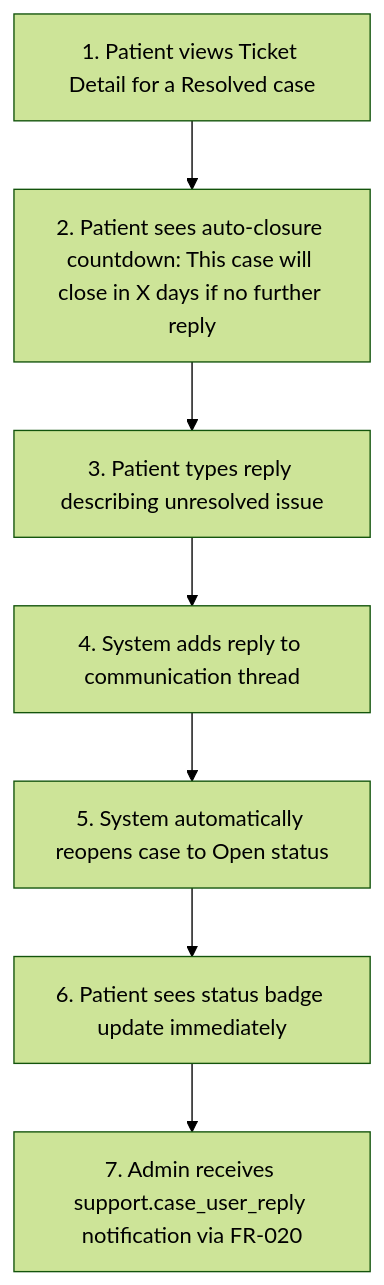
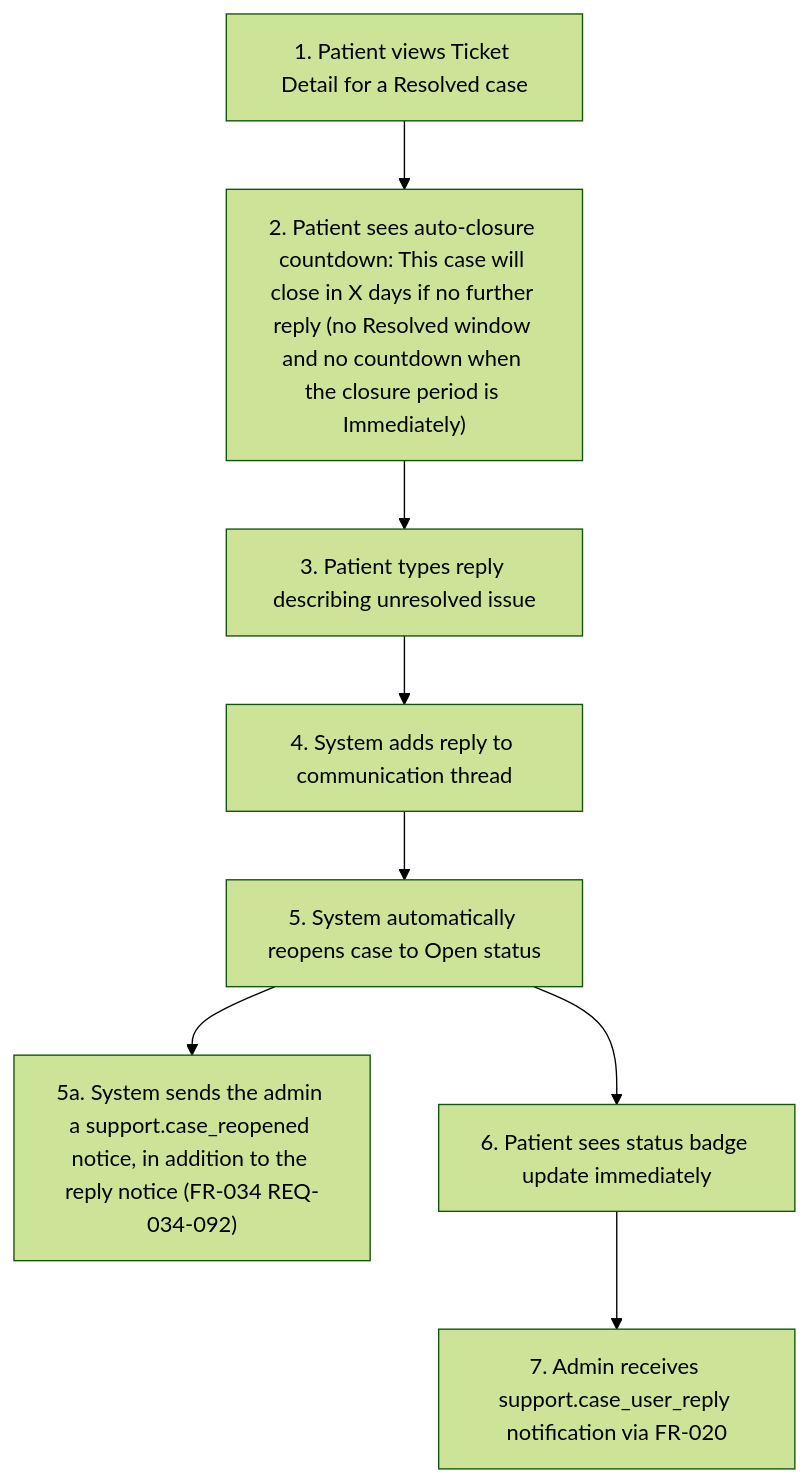
One commit to joachimtrungtuan/hairline-pm-docs changed the sixth of 10 diagrams in project-requirements/functional-requirements/fr035-patient-help-support/prd.md. Above: the diagram before and after it, drawn with Mermaid (forest theme). The commit also changed other lines of this file and 5 other files, not shown here.

Commit message:
docs(fr035): apply logic review pass 1 fixes to PRD and graph

````diff
--- a/project-requirements/functional-requirements/fr035-patient-help-support/prd.md
+++ b/project-requirements/functional-requirements/fr035-patient-help-support/prd.md
@@ -188,9 +189,10 @@
 ```mermaid
 flowchart TD
-    A5S1["1. Patient views Ticket Detail for a Resolved case"] --> A5S2["2. Patient sees auto-closure countdown: This case will close in X days if no further reply"]
+    A5S1["1. Patient views Ticket Detail for a Resolved case"] --> A5S2["2. Patient sees auto-closure countdown: This case will close in X days if no further reply (no Resolved window and no countdown when the closure period is Immediately)"]
     A5S2 --> A5S3["3. Patient types reply describing unresolved issue"]
     A5S3 --> A5S4["4. System adds reply to communication thread"]
     A5S4 --> A5S5["5. System automatically reopens case to Open status"]
+    A5S5 --> A5S5a["5a. System sends the admin a support.case_reopened notice, in addition to the reply notice (FR-034 REQ-034-092)"]
     A5S5 --> A5S6["6. Patient sees status badge update immediately"]
     A5S6 --> A5S7["7. Admin receives support.case_user_reply notification via FR-020"]
 ```
````
